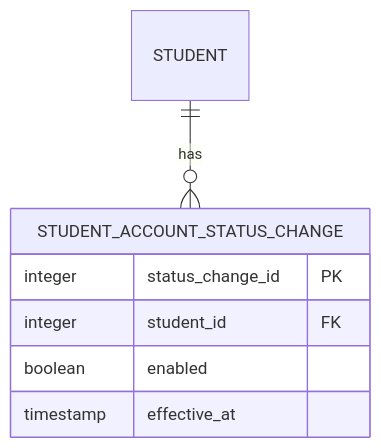
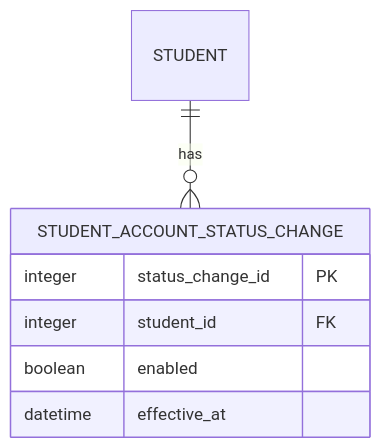
One commit to amercado9/add-a-use-case changed the fifth of 5 diagrams in docs/design/stu.md. Above: the diagram before and after it, drawn with Mermaid. The commit also changed other lines of this file and 1 other file, not shown here.

````diff
--- a/docs/design/stu.md
+++ b/docs/design/stu.md
@@ -198,10 +212,10 @@
 ```mermaid
 erDiagram
     STUDENT ||--o{ STUDENT_ACCOUNT_STATUS_CHANGE : has
     STUDENT_ACCOUNT_STATUS_CHANGE {
         integer status_change_id PK
         integer student_id FK
         boolean enabled
-        timestamp effective_at
+        datetime effective_at
     }
 ```
````
